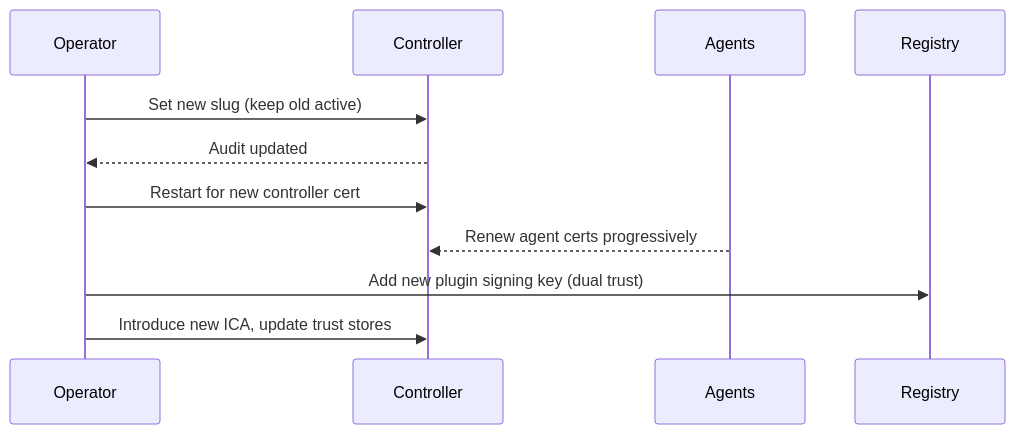
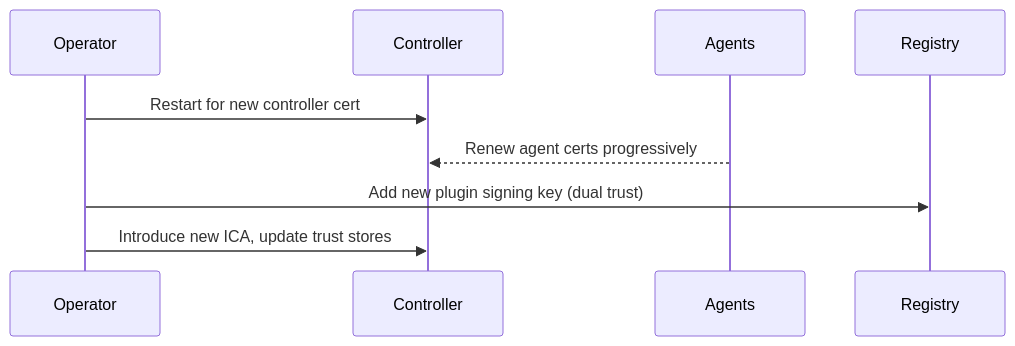
The diagram in docs/ops/runbooks_rotation_spec.md (alistairhendersoninfo/secure-web-application), drawn with Mermaid before and after one commit. The commit also changed other lines of this file, not shown here.

Commit message:
spec(ops): remove slug rotation from runbooks; slugs are static by default

````diff
--- a/docs/ops/runbooks_rotation_spec.md
+++ b/docs/ops/runbooks_rotation_spec.md
@@ -15,12 +14,10 @@
 ```mermaid
 sequenceDiagram
   participant Op as Operator
   participant C as Controller
   participant A as Agents
-  Op->>C: Set new slug (keep old active)
-  C-->>Op: Audit updated
   Op->>C: Restart for new controller cert
   A-->>C: Renew agent certs progressively
   Op->>Registry: Add new plugin signing key (dual trust)
   Op->>C: Introduce new ICA, update trust stores
 ```
````
